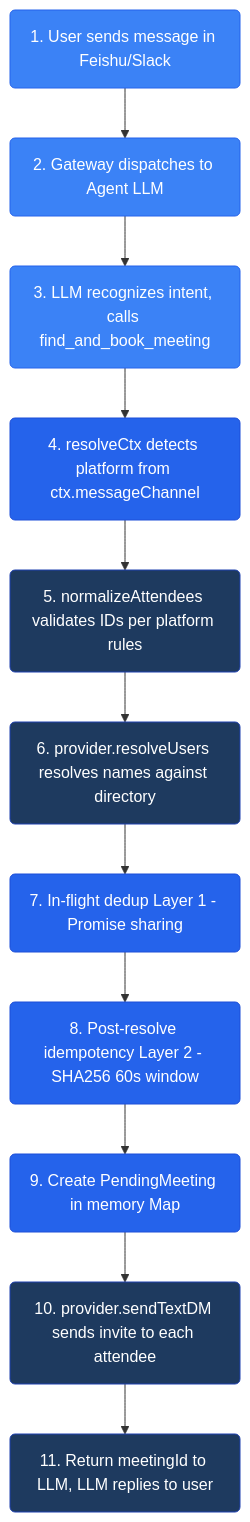
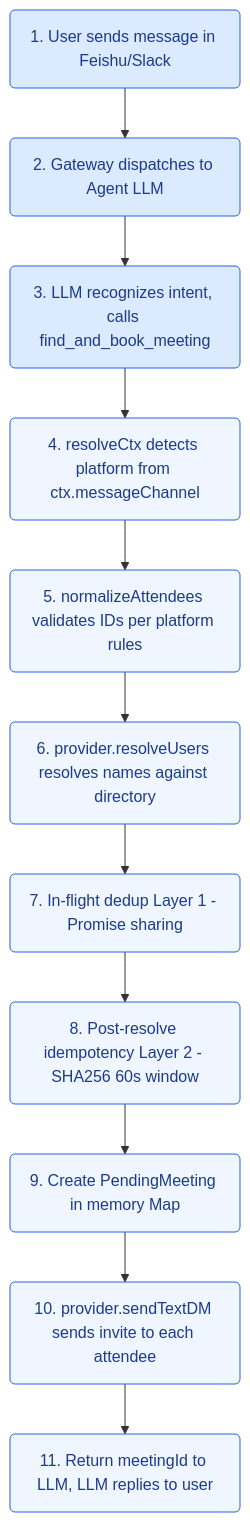
The third of 13 diagrams in README.md (javana3/claw_meeting_all), drawn with Mermaid before and after one commit. The commit also changed other lines of this file, not shown here.

````diff
--- a/README.md
+++ b/README.md
@@ -103,25 +103,25 @@
 ```mermaid
 graph TD
     A(1. User sends message in Feishu/Slack) --> B(2. Gateway dispatches to Agent LLM)
     B --> C(3. LLM recognizes intent, calls find_and_book_meeting)
     C --> D(4. resolveCtx detects platform from ctx.messageChannel)
     D --> E(5. normalizeAttendees validates IDs per platform rules)
     E --> F(6. provider.resolveUsers resolves names against directory)
     F --> G(7. In-flight dedup Layer 1 - Promise sharing)
     G --> H(8. Post-resolve idempotency Layer 2 - SHA256 60s window)
     H --> I(9. Create PendingMeeting in memory Map)
     I --> J(10. provider.sendTextDM sends invite to each attendee)
     J --> K(11. Return meetingId to LLM, LLM replies to user)
 
-    style D fill:#2563eb,stroke:#1d4ed8,color:#fff
-    style G fill:#2563eb,stroke:#1d4ed8,color:#fff
-    style H fill:#2563eb,stroke:#1d4ed8,color:#fff
-    style I fill:#2563eb,stroke:#1d4ed8,color:#fff
-    style A fill:#3b82f6,stroke:#2563eb,color:#fff
-    style B fill:#3b82f6,stroke:#2563eb,color:#fff
-    style C fill:#3b82f6,stroke:#2563eb,color:#fff
-    style E fill:#1e3a5f,stroke:#1e40af,color:#fff
-    style F fill:#1e3a5f,stroke:#1e40af,color:#fff
-    style J fill:#1e3a5f,stroke:#1e40af,color:#fff
-    style K fill:#1e3a5f,stroke:#1e40af,color:#fff
+    style D fill:#eff6ff,stroke:#2563eb,color:#1e3a8a
+    style G fill:#eff6ff,stroke:#2563eb,color:#1e3a8a
+    style H fill:#eff6ff,stroke:#2563eb,color:#1e3a8a
+    style I fill:#eff6ff,stroke:#2563eb,color:#1e3a8a
+    style A fill:#dbeafe,stroke:#2563eb,color:#1e3a8a
+    style B fill:#dbeafe,stroke:#2563eb,color:#1e3a8a
+    style C fill:#dbeafe,stroke:#2563eb,color:#1e3a8a
+    style E fill:#eff6ff,stroke:#2563eb,color:#1e3a8a
+    style F fill:#eff6ff,stroke:#2563eb,color:#1e3a8a
+    style J fill:#eff6ff,stroke:#2563eb,color:#1e3a8a
+    style K fill:#eff6ff,stroke:#2563eb,color:#1e3a8a
 ```
````
